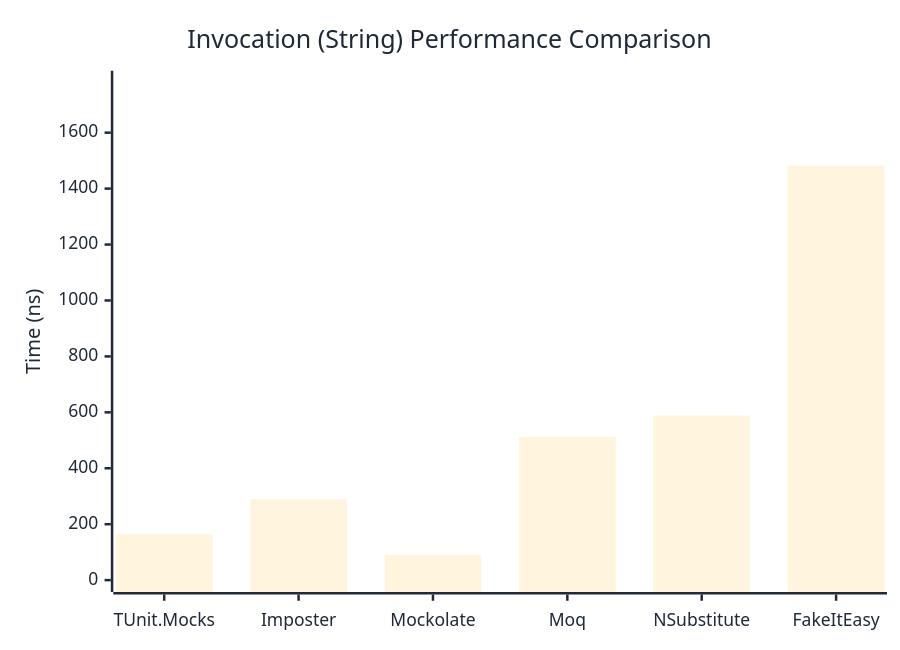
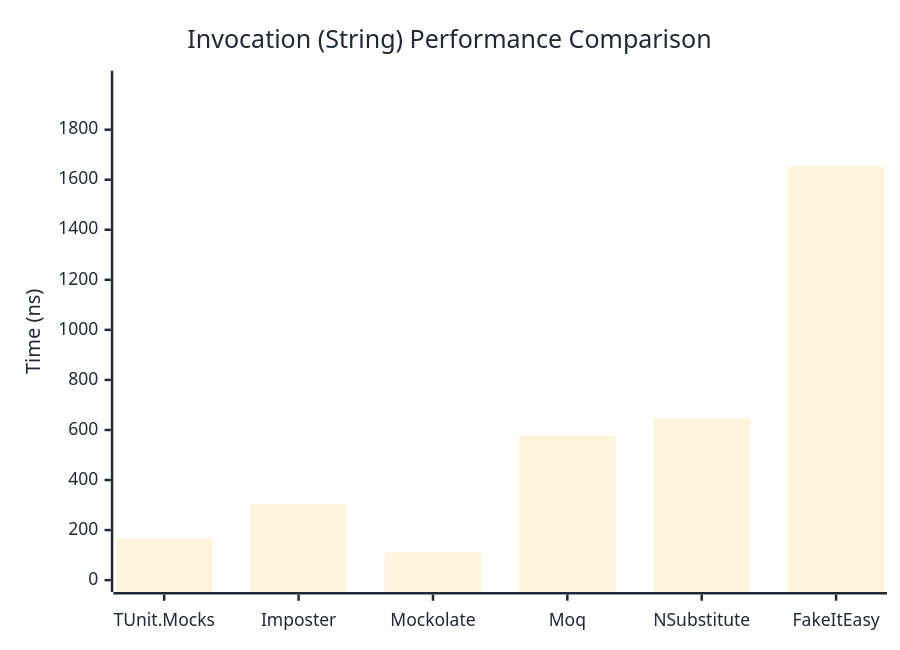
Before and after one commit to thomhurst/TUnit: the second of 3 diagrams in docs/docs/benchmarks/mocks/Invocation.md, drawn with Mermaid. The commit also changed other lines of this file and 14 other files, not shown here.

````diff
--- a/docs/docs/benchmarks/mocks/Invocation.md
+++ b/docs/docs/benchmarks/mocks/Invocation.md
@@ -71,27 +71,27 @@
 ```mermaid
 %%{init: {
   'theme':'base',
   'themeVariables': {
     'primaryColor': '#2563eb',
     'primaryTextColor': '#1f2937',
     'primaryBorderColor': '#1e40af',
     'lineColor': '#6b7280',
     'secondaryColor': '#7c3aed',
     'tertiaryColor': '#dc2626',
     'background': '#ffffff',
     'pie1': '#2563eb',
     'pie2': '#7c3aed',
     'pie3': '#dc2626',
     'pie4': '#f59e0b',
     'pie5': '#10b981',
     'pie6': '#06b6d4',
     'pie7': '#ec4899',
     'pie8': '#6366f1'
   }
 }}%%
 xychart-beta
   title "Invocation (String) Performance Comparison"
   x-axis ["TUnit.Mocks", "Imposter", "Mockolate", "Moq", "NSubstitute", "FakeItEasy"]
-  y-axis "Time (ns)" 0 --> 1779
-  bar [164.49, 289.85, 91.17, 512.51, 588.63, 1481.92]
+  y-axis "Time (ns)" 0 --> 1988
+  bar [167.6, 304.7, 111.1, 578.3, 647.7, 1656.2]
 ```
````
